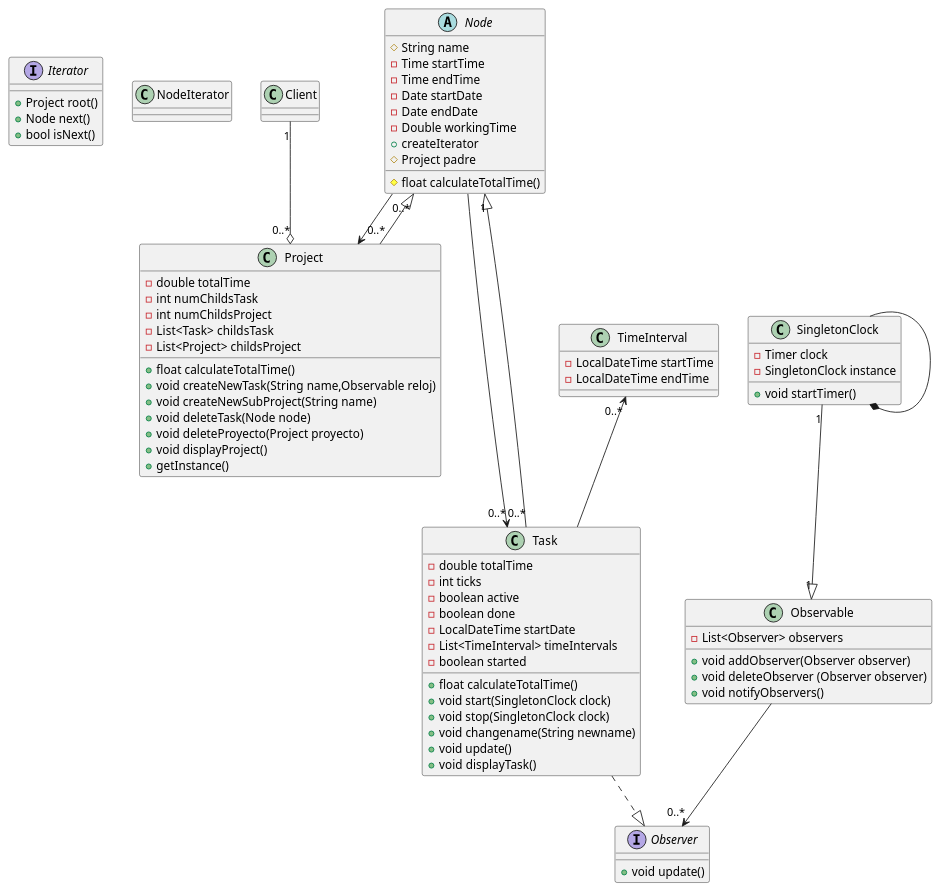
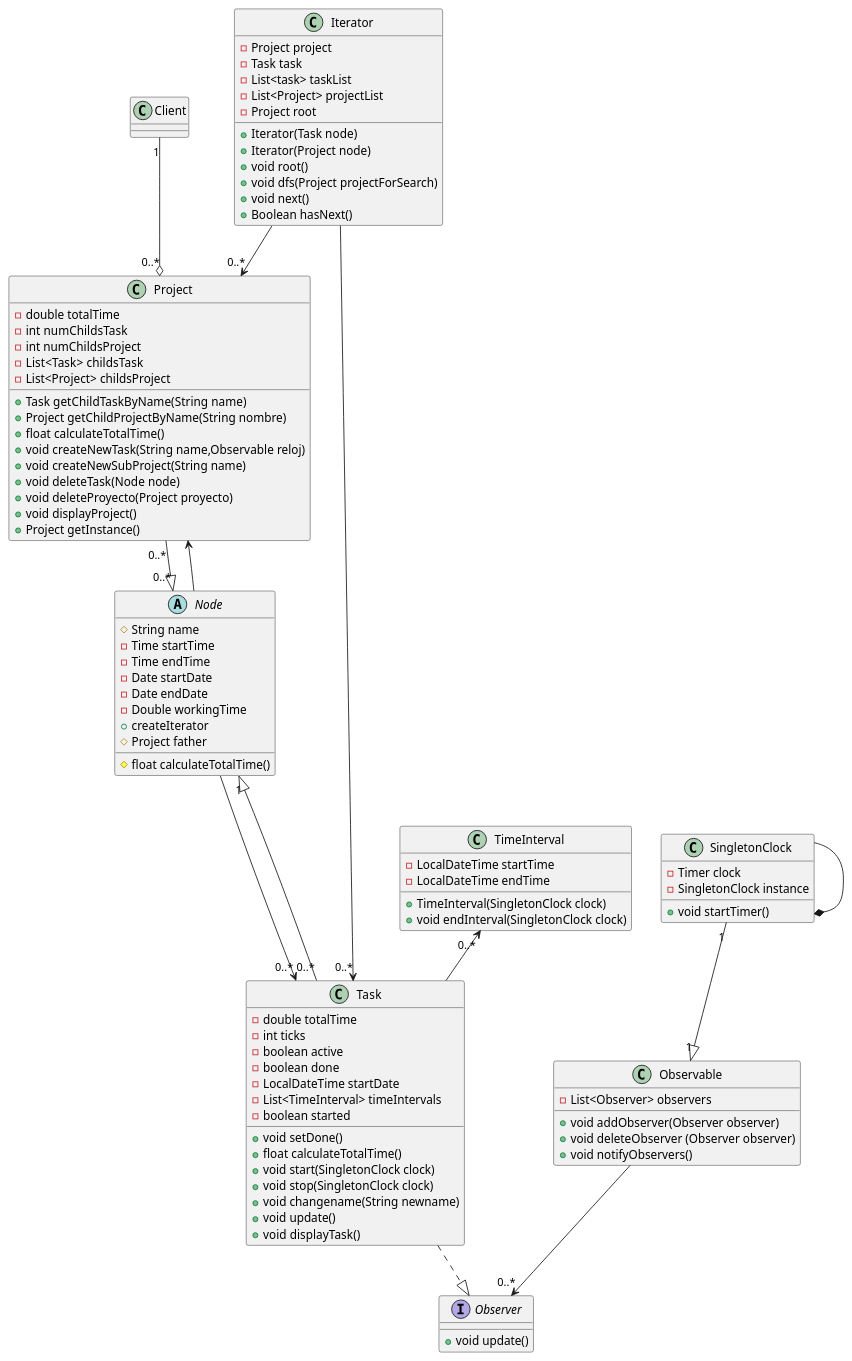
The diagram in src/main/java/Time_Tracker.puml (MirniWantsSweets/DS-project), drawn with PlantUML before and after one commit. The commit also changed 3 other files, not shown here.

```diff
--- a/src/main/java/Time_Tracker.puml
+++ b/src/main/java/Time_Tracker.puml
@@ -1,83 +1,102 @@
 @startuml
 
-interface Iterator{
-+Project root()
-+Node next()
-+bool isNext()
+class Iterator{
+-Project project
+-Task task
+-List<task> taskList
+-List<Project> projectList
+-Project root
 
++Iterator(Task node)
++Iterator(Project node)
++void root()
++void dfs(Project projectForSearch)
++void next()
++Boolean hasNext()
 }
-class NodeIterator{
 
-}
+
 abstract class Node{
 #String name
 -Time startTime
 -Time endTime
 -Date startDate
 -Date endDate
 -Double workingTime
 +createIterator
-#Project padre
+#Project father
 #float calculateTotalTime()
 
 }
 
 class Observable{
 -List<Observer> observers
 +void addObserver(Observer observer)
 +void deleteObserver (Observer observer)
 +void notifyObservers()
 }
+
 interface Observer{
 +void update()
 }
+
 class Project{
 -double totalTime
 -int numChildsTask
 -int numChildsProject
 -List<Task> childsTask
 -List<Project> childsProject
+
++Task getChildTaskByName(String name)
++Project getChildProjectByName(String nombre)
 +float calculateTotalTime()
 +void createNewTask(String name,Observable reloj)
 +void createNewSubProject(String name)
 +void deleteTask(Node node)
 +void deleteProyecto(Project proyecto)
 +void displayProject()
-+getInstance()
++Project getInstance()
 }
 class SingletonClock{
 -Timer clock
 -SingletonClock instance
 +void startTimer()
 }
 class Task{
 -double totalTime
 -int ticks
 -boolean active
 -boolean done
 -LocalDateTime startDate
 -List<TimeInterval> timeIntervals
 -boolean started
+
++void setDone()
 +float calculateTotalTime()
 +void start(SingletonClock clock)
 +void stop(SingletonClock clock)
 +void changename(String newname)
 +void update()
 +void displayTask()
 }
 class TimeInterval{
 -LocalDateTime startTime
 -LocalDateTime endTime
++TimeInterval(SingletonClock clock)
++void endInterval(SingletonClock clock)
 }
 
 Project  "0..*"--|> "0..*"Node
 Task "0..*"---|> "1" Node
 Task ..|> Observer
 Node --> Project
 Node --> "0..*"Task
 Client "1"--o "0..*"Project
 SingletonClock "1" --|> "1"Observable
 TimeInterval "0..*" <-- Task
 Observable --> "0..*"Observer
 SingletonClock --* SingletonClock
+Iterator --> "0..*" Project
+Iterator --> "0..*" Task
+
 @enduml
```
